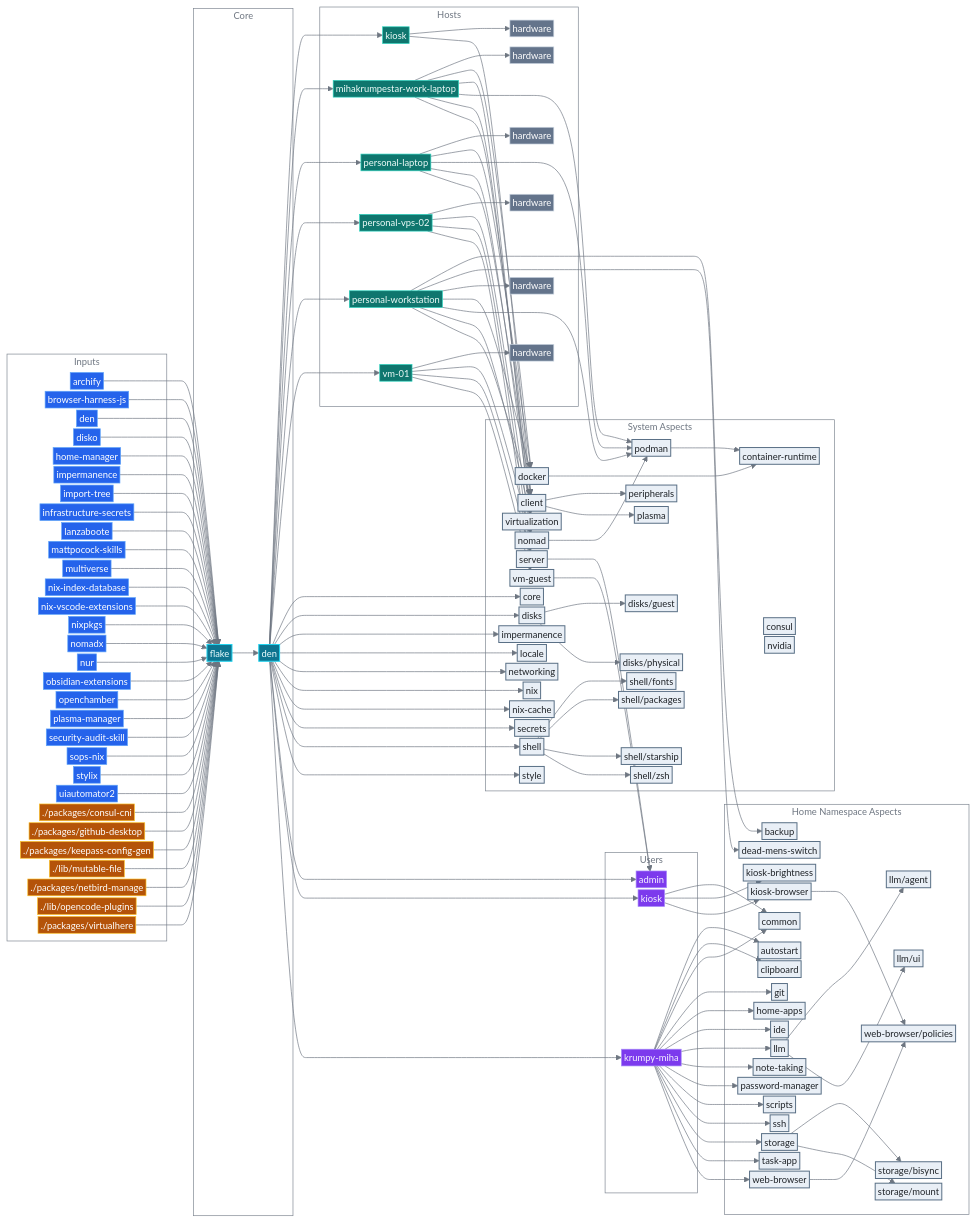
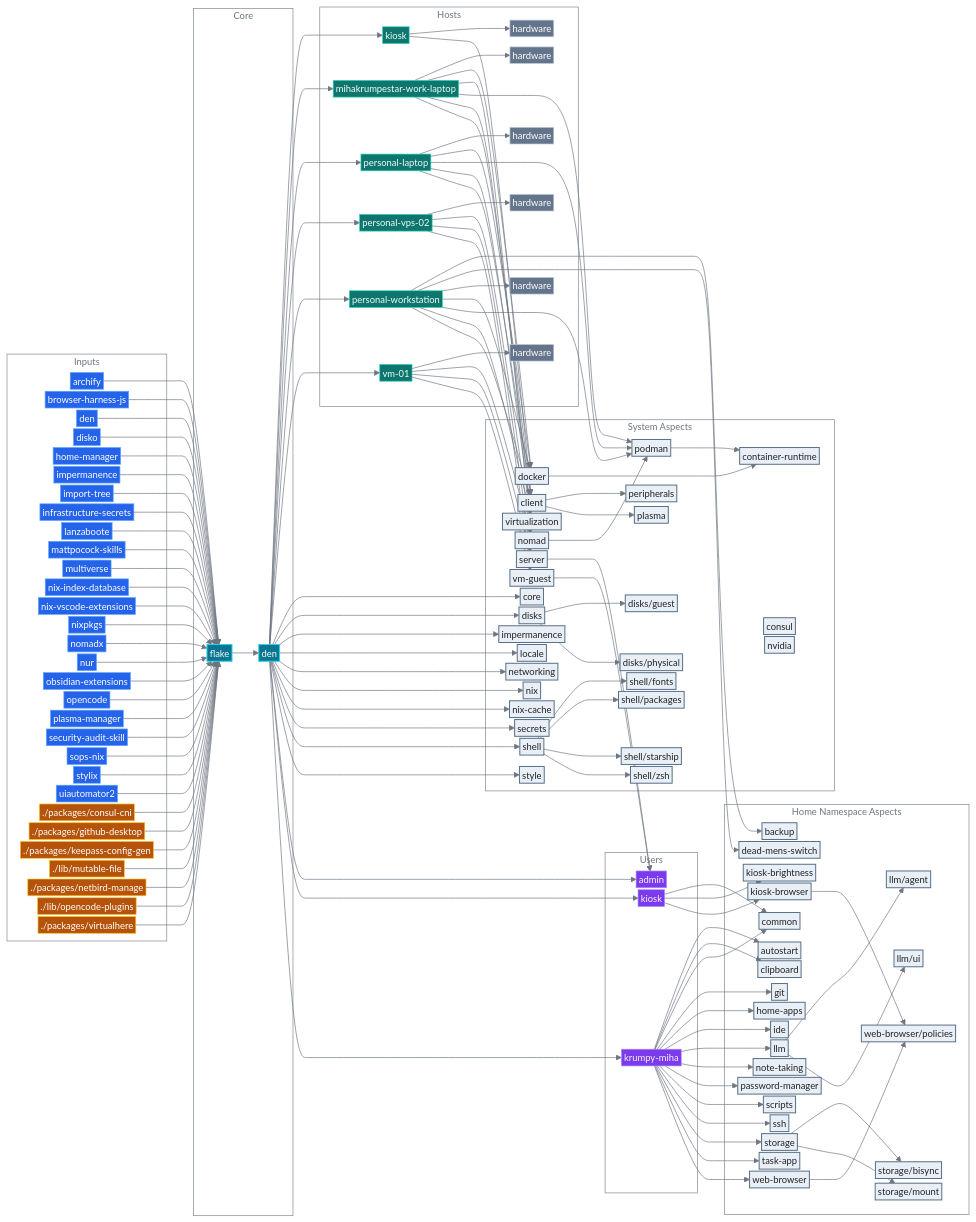
One commit to mihakrumpestar/infrastructure changed the diagram in README.md. Above: the diagram before and after it, drawn with Mermaid. The commit also changed other lines of this file and 8 other files, not shown here.

```diff
--- a/README.md
+++ b/README.md
@@ -148,7 +148,7 @@
         input_nomadx["nomadx"]:::input
         input_nur["nur"]:::input
         input_obsidian_extensions["obsidian-extensions"]:::input
-        input_openchamber["openchamber"]:::input
+        input_opencode["opencode"]:::input
         input_plasma_manager["plasma-manager"]:::input
         input_security_audit_skill["security-audit-skill"]:::input
         input_sops_nix["sops-nix"]:::input
@@ -318,7 +318,7 @@
     input_nomadx --> flake
     input_nur --> flake
     input_obsidian_extensions --> flake
-    input_openchamber --> flake
+    input_opencode --> flake
     input_plasma_manager --> flake
     input_security_audit_skill --> flake
     input_sops_nix --> flake
```
